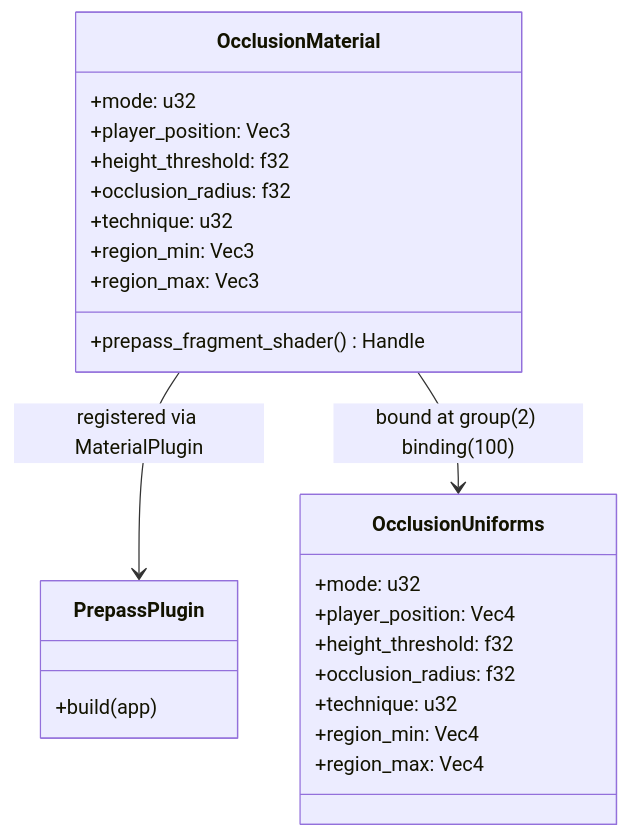
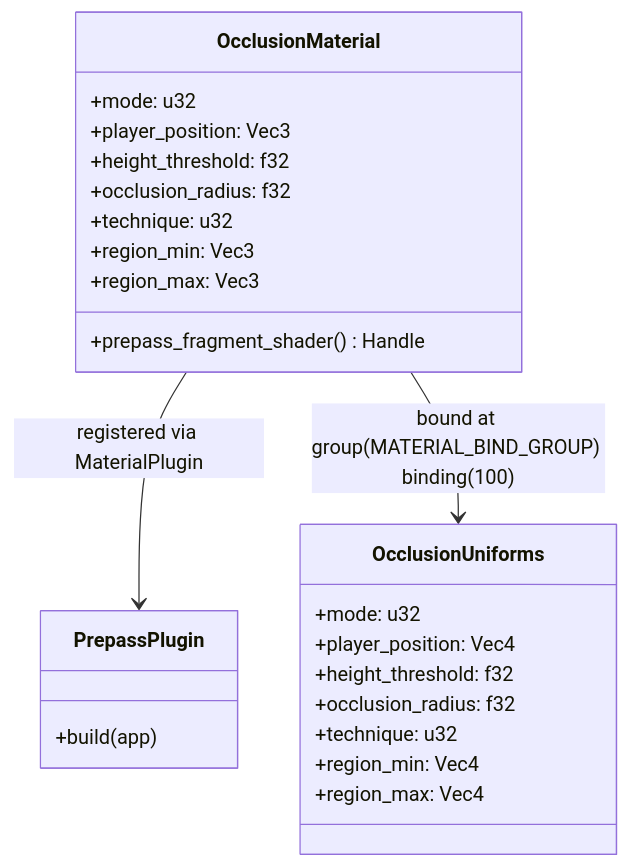
Before and after one commit to ctejada85/adrakestory: the third of 4 diagrams in docs/bugs/fix-occlusion-shadow-casting/references/architecture.md, drawn with Mermaid. The commit also changed other lines of this file and 2 other files, not shown here.

Commit message:
fix(occlusion): update bug documentation and architecture references to reflect the implementation of shadow casting fix

````diff
--- a/docs/bugs/fix-occlusion-shadow-casting/references/architecture.md
+++ b/docs/bugs/fix-occlusion-shadow-casting/references/architecture.md
@@ -90,27 +91,27 @@
 ```mermaid
 classDiagram
     class OcclusionMaterial {
         +mode: u32
         +player_position: Vec3
         +height_threshold: f32
         +occlusion_radius: f32
         +technique: u32
         +region_min: Vec3
         +region_max: Vec3
         +prepass_fragment_shader() Handle
     }
     class PrepassPlugin {
         +build(app)
     }
     class OcclusionUniforms {
         +mode: u32
         +player_position: Vec4
         +height_threshold: f32
         +occlusion_radius: f32
         +technique: u32
         +region_min: Vec4
         +region_max: Vec4
     }
     OcclusionMaterial --> PrepassPlugin : registered via MaterialPlugin
-    OcclusionMaterial --> OcclusionUniforms : bound at group(2) binding(100)
+    OcclusionMaterial --> OcclusionUniforms : bound at group(MATERIAL_BIND_GROUP) binding(100)
 ```
````
